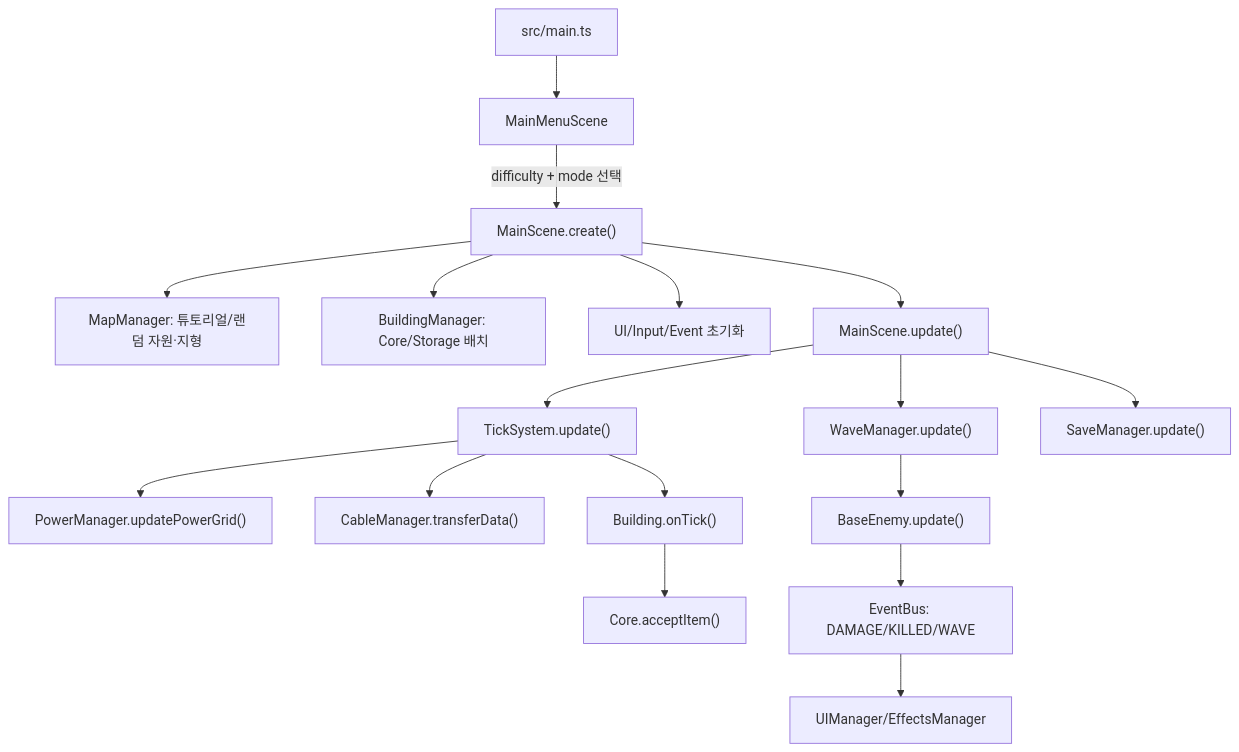
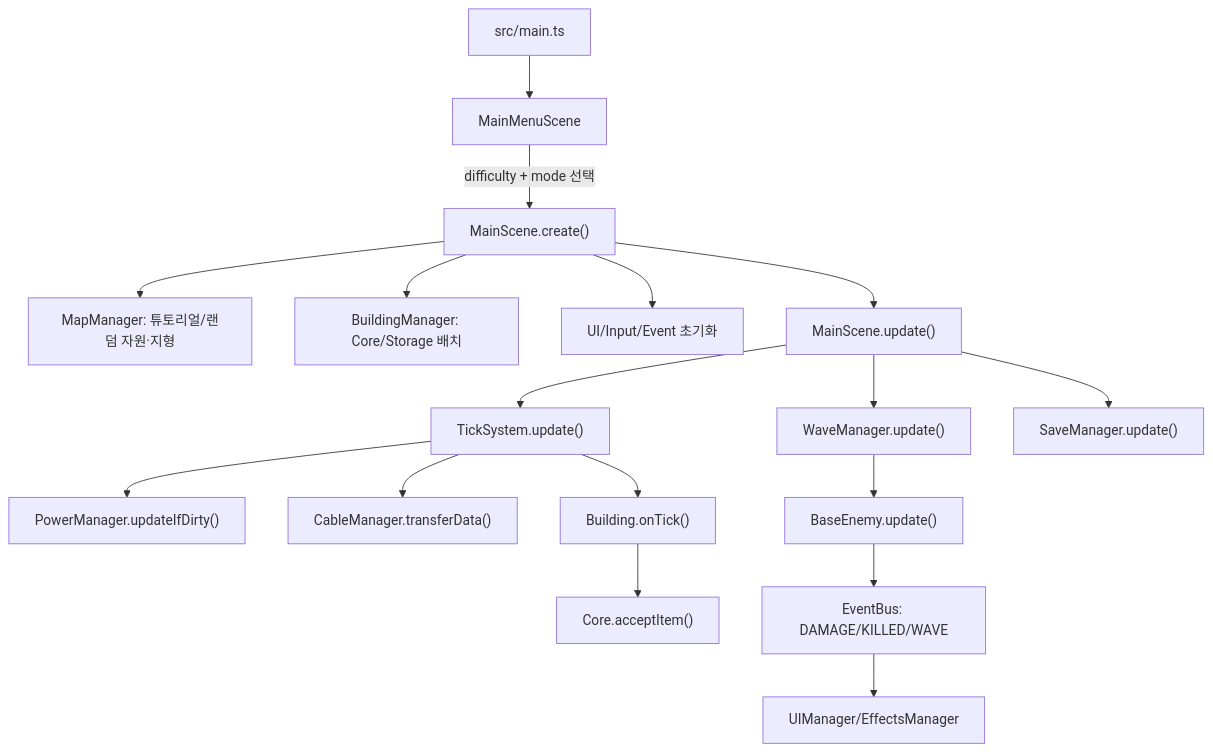
Before and after one commit to frotrue/factor: the diagram in docs/ARCHITECTURE.md, drawn with Mermaid. The commit also changed other lines of this file and 43 other files, not shown here.

````diff
--- a/docs/ARCHITECTURE.md
+++ b/docs/ARCHITECTURE.md
@@ -29,19 +29,19 @@
 ```mermaid
 flowchart TD
     A["src/main.ts"] --> B["MainMenuScene"]
     B -->|"difficulty + mode 선택"| C["MainScene.create()"]
     C --> D["MapManager: 튜토리얼/랜덤 자원·지형"]
     C --> E["BuildingManager: Core/Storage 배치"]
     C --> F["UI/Input/Event 초기화"]
     C --> G["MainScene.update()"]
     G --> H["TickSystem.update()"]
-    H --> I["PowerManager.updatePowerGrid()"]
+    H --> I["PowerManager.updateIfDirty()"]
     H --> J["CableManager.transferData()"]
     H --> K["Building.onTick()"]
     G --> L["WaveManager.update()"]
     L --> M["BaseEnemy.update()"]
     K --> N["Core.acceptItem()"]
     M --> O["EventBus: DAMAGE/KILLED/WAVE"]
     O --> P["UIManager/EffectsManager"]
     G --> Q["SaveManager.update()"]
 ```
````
